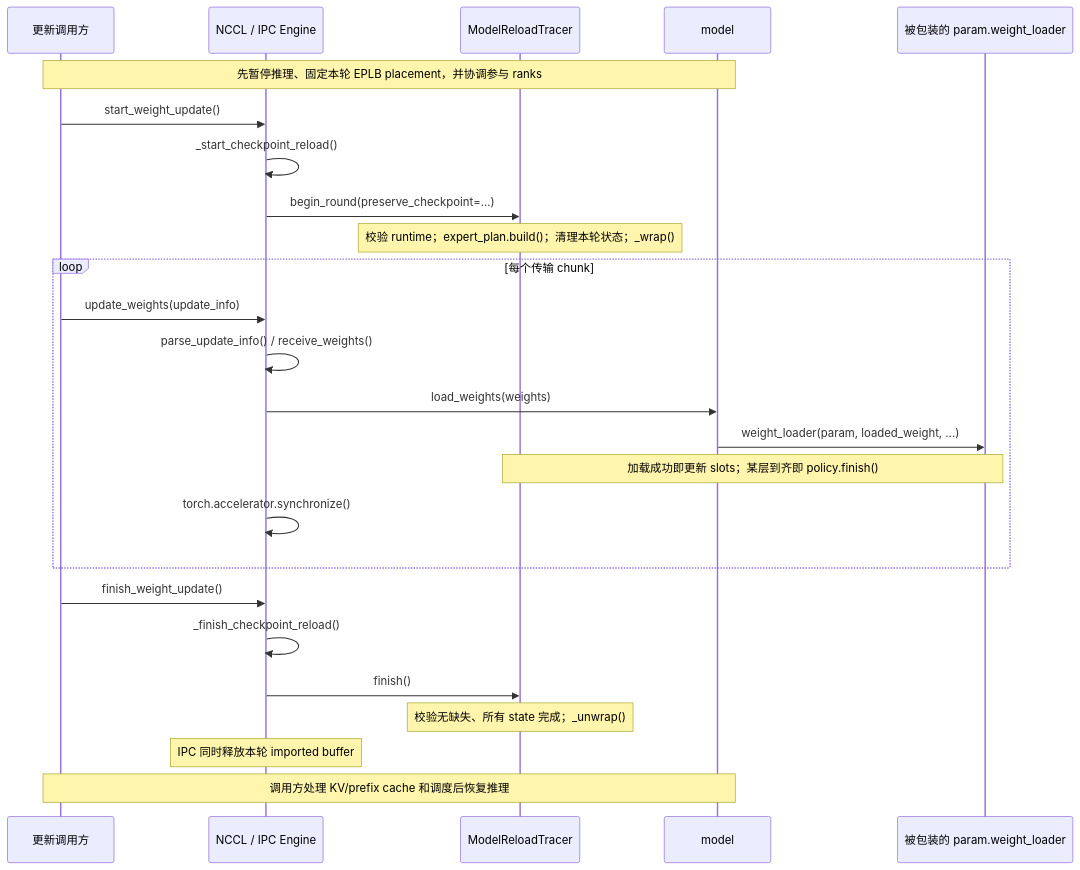
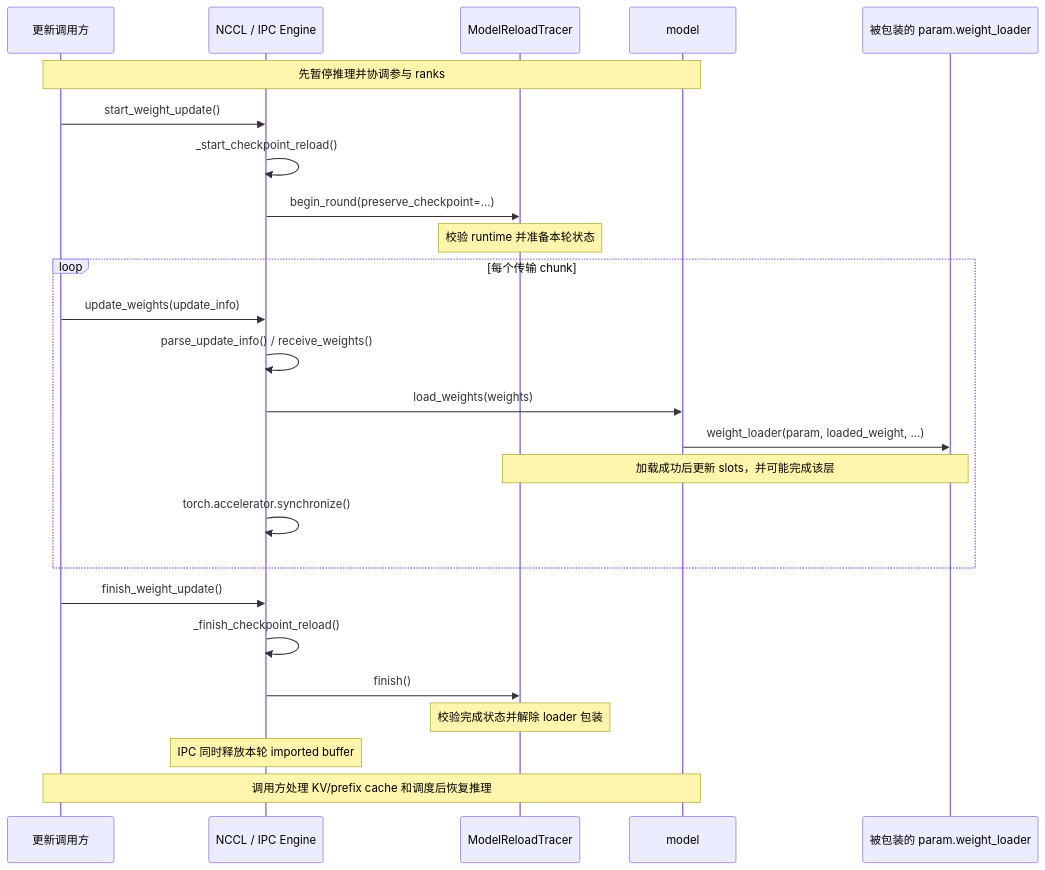
One commit to vllm-project/vllm changed the fourth of 6 diagrams in docs/design/weight-update/reload-flow-walkthrough.md. Above: the diagram before and after it, drawn with Mermaid. The commit also changed 1 other file, not shown here.

Commit message:
docs: fix Mermaid notes in reload walkthrough

````diff
--- a/docs/design/weight-update/reload-flow-walkthrough.md
+++ b/docs/design/weight-update/reload-flow-walkthrough.md
@@ -139,28 +139,28 @@
 ```mermaid
 sequenceDiagram
     participant Caller as 更新调用方
     participant Engine as NCCL / IPC Engine
     participant Trace as ModelReloadTracer
     participant Model as model
     participant Loader as 被包装的 param.weight_loader
 
-    Note over Caller,Model: 先暂停推理、固定本轮 EPLB placement，并协调参与 ranks
+    Note over Caller,Model: 先暂停推理并协调参与 ranks
     Caller->>Engine: start_weight_update()
     Engine->>Engine: _start_checkpoint_reload()
     Engine->>Trace: begin_round(preserve_checkpoint=...)
-    Note over Trace: 校验 runtime；expert_plan.build()；清理本轮状态；_wrap()
+    Note over Trace: 校验 runtime 并准备本轮状态
     loop 每个传输 chunk
         Caller->>Engine: update_weights(update_info)
         Engine->>Engine: parse_update_info() / receive_weights()
         Engine->>Model: load_weights(weights)
         Model->>Loader: weight_loader(param, loaded_weight, ...)
-        Note over Loader,Trace: 加载成功即更新 slots；某层到齐即 policy.finish()
+        Note over Loader,Trace: 加载成功后更新 slots，并可能完成该层
         Engine->>Engine: torch.accelerator.synchronize()
     end
     Caller->>Engine: finish_weight_update()
     Engine->>Engine: _finish_checkpoint_reload()
     Engine->>Trace: finish()
-    Note over Trace: 校验无缺失、所有 state 完成；_unwrap()
+    Note over Trace: 校验完成状态并解除 loader 包装
     Note over Engine: IPC 同时释放本轮 imported buffer
     Note over Caller,Model: 调用方处理 KV/prefix cache 和调度后恢复推理
 ```
````
